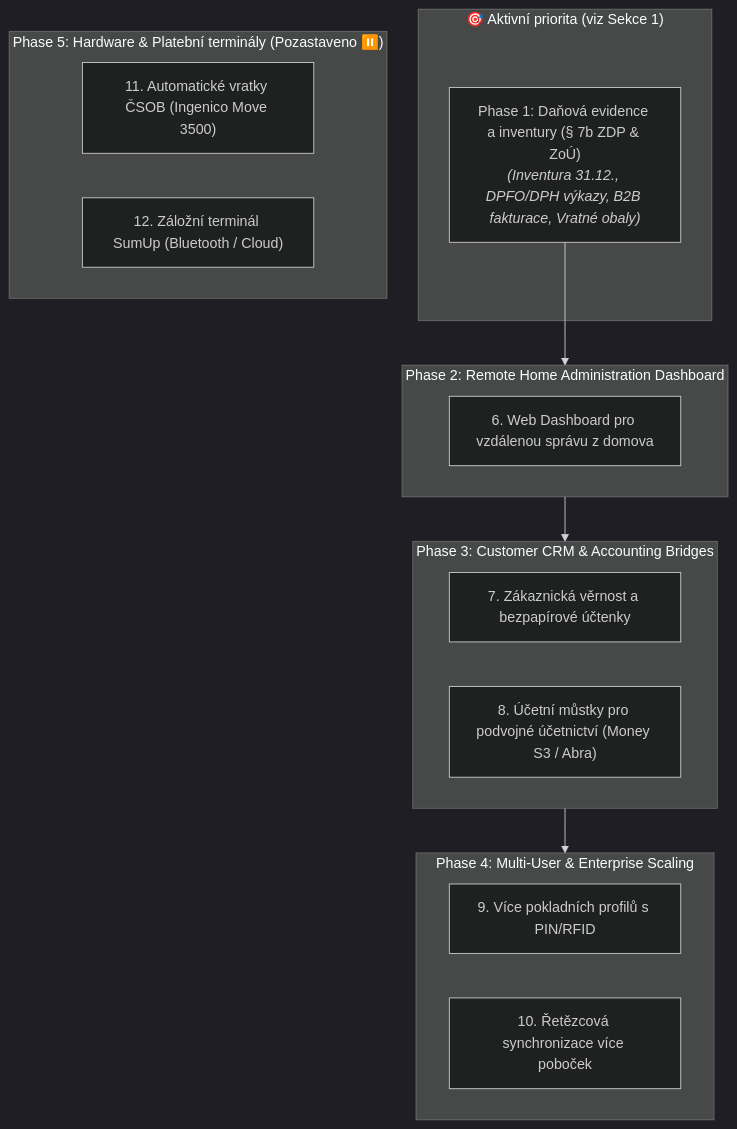
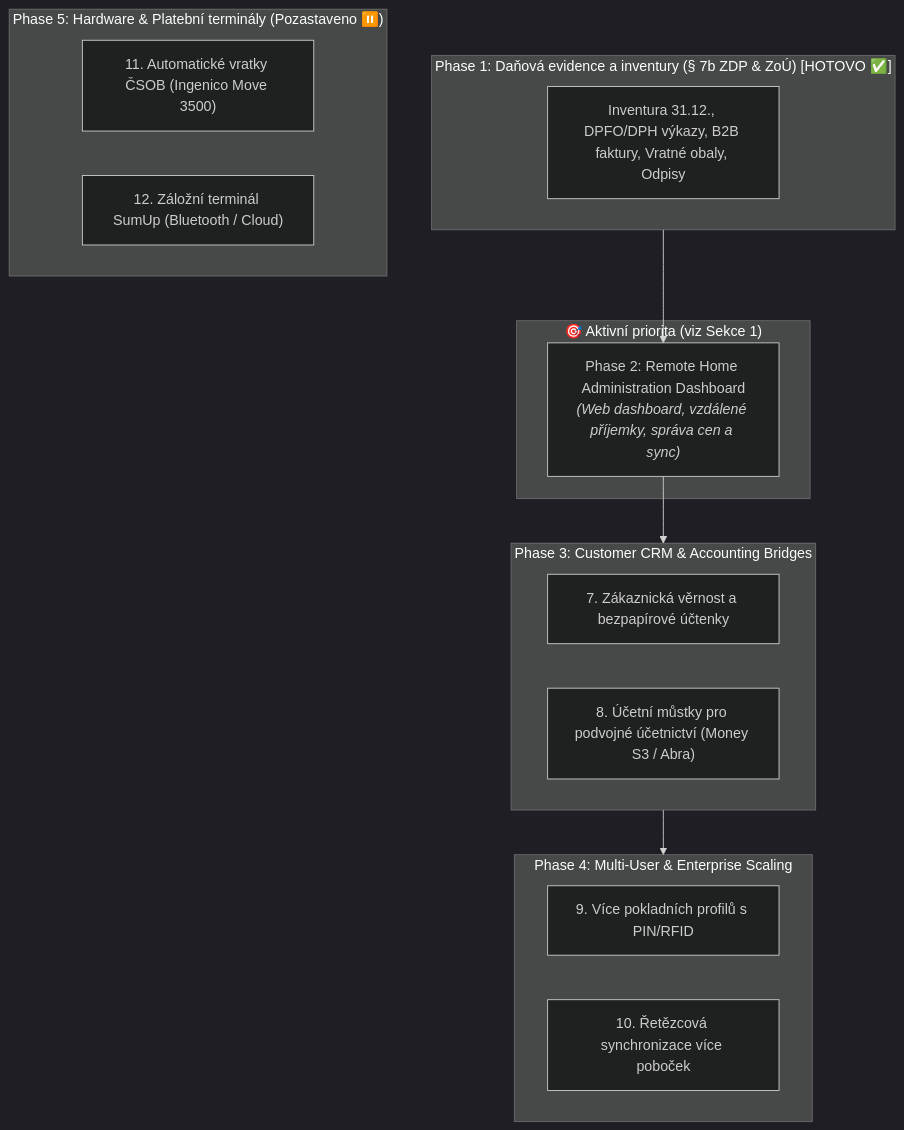
Before and after one commit to MichalKhoa/pos-project: the second of 2 diagrams in docs/ROADMAP.md, drawn with Mermaid (dark theme). The commit also changed other lines of this file, not shown here.

Commit message:
docs(roadmap): sync completed accounting, fiscal, and audit milestones

````diff
--- a/docs/ROADMAP.md
+++ b/docs/ROADMAP.md
@@ -87,29 +62,29 @@
 ```mermaid
 flowchart TD
-    subgraph Active["🎯 Aktivní priorita (viz Sekce 1)"]
-        Phase1["Phase 1: Daňová evidence a inventury (§ 7b ZDP & ZoÚ)<br/><i>(Inventura 31.12., DPFO/DPH výkazy, B2B fakturace, Vratné obaly)</i>"]
+    subgraph Phase1Done["Phase 1: Daňová evidence a inventury (§ 7b ZDP & ZoÚ) [HOTOVO ✅]"]
+        P1Done["Inventura 31.12., DPFO/DPH výkazy, B2B faktury, Vratné obaly, Odpisy"]
     end
 
-    subgraph Phase2["Phase 2: Remote Home Administration Dashboard"]
-        P6["6. Web Dashboard pro vzdálenou správu z domova"]
+    subgraph Active["🎯 Aktivní priorita (viz Sekce 1)"]
+        Phase2["Phase 2: Remote Home Administration Dashboard<br/><i>(Web dashboard, vzdálené příjemky, správa cen a sync)</i>"]
     end
 
     subgraph Phase3["Phase 3: Customer CRM & Accounting Bridges"]
         P7["7. Zákaznická věrnost a bezpapírové účtenky"]
         P8["8. Účetní můstky pro podvojné účetnictví (Money S3 / Abra)"]
     end
 
     subgraph Phase4["Phase 4: Multi-User & Enterprise Scaling"]
         P9["9. Více pokladních profilů s PIN/RFID"]
         P10["10. Řetězcová synchronizace více poboček"]
     end
 
     subgraph Phase5["Phase 5: Hardware & Platební terminály (Pozastaveno ⏸️)"]
         P11["11. Automatické vratky ČSOB (Ingenico Move 3500)"]
         P12["12. Záložní terminál SumUp (Bluetooth / Cloud)"]
     end
 
-    Phase1 --> Phase2
+    Phase1Done --> Phase2
     Phase2 --> Phase3
     Phase3 --> Phase4
 ```
````
